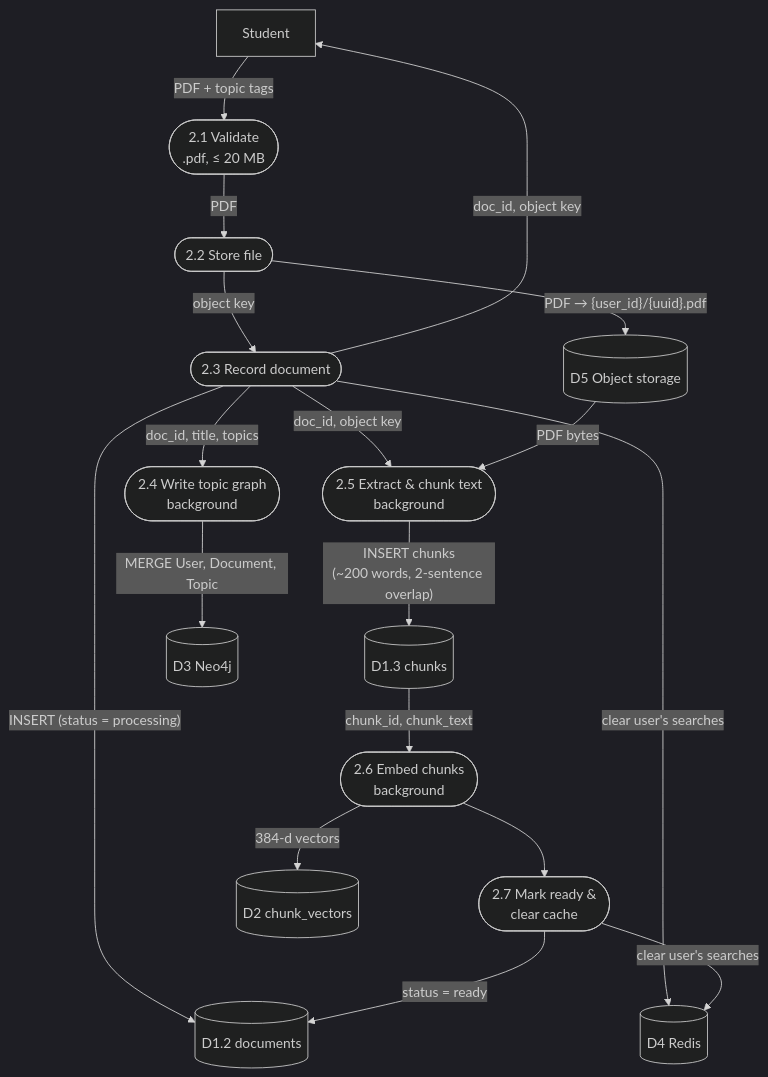
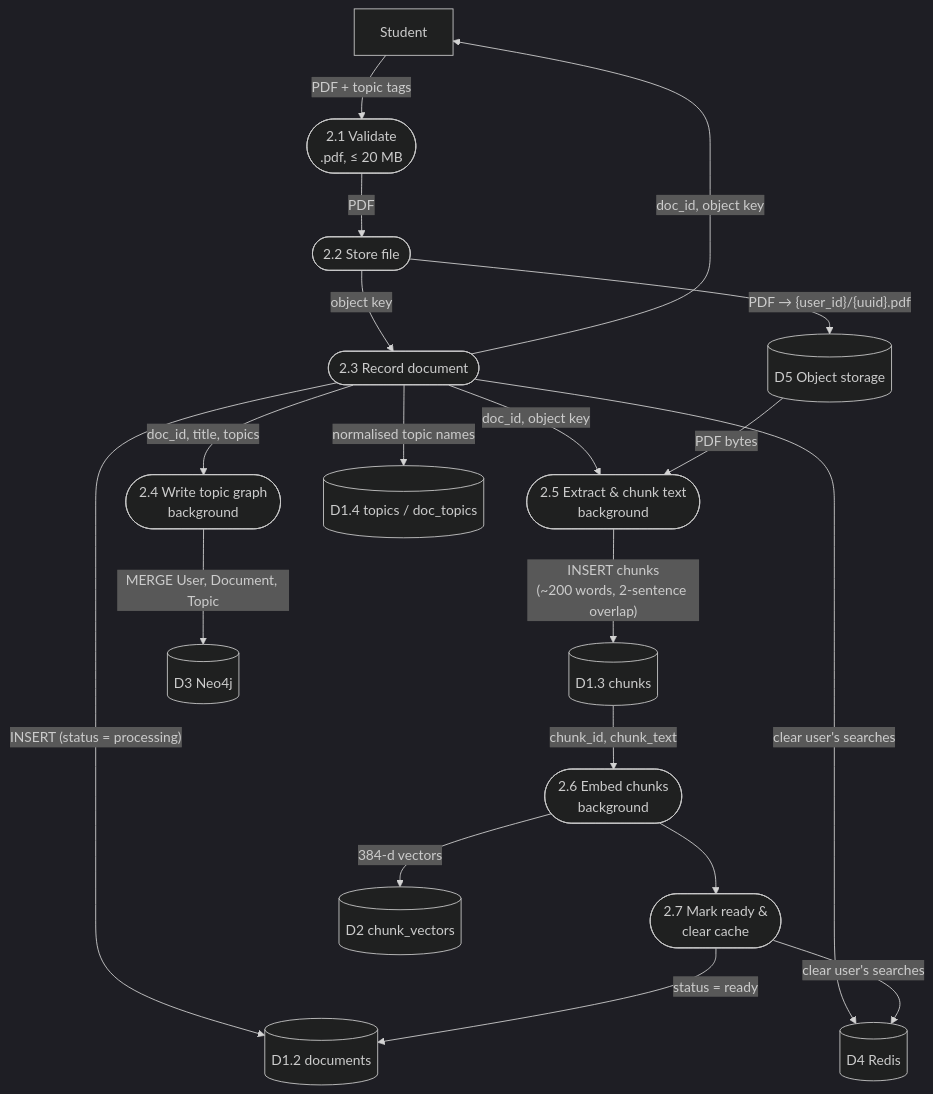
One commit to TahirSiddique092/prism changed the third of 8 diagrams in docs/data/nosql-schema.md. Above: the diagram before and after it, drawn with Mermaid (dark theme). The commit also changed other lines of this file and 12 other files, not shown here.

````diff
--- a/docs/data/nosql-schema.md
+++ b/docs/data/nosql-schema.md
@@ -199,36 +208,38 @@
 ```mermaid
 flowchart TB
     S[Student]
     P21([2.1 Validate<br/>.pdf, ≤ 20 MB])
     P22([2.2 Store file])
     P23([2.3 Record document])
     P24([2.4 Write topic graph<br/>background])
     P25([2.5 Extract & chunk text<br/>background])
     P26([2.6 Embed chunks<br/>background])
     P27([2.7 Mark ready &<br/>clear cache])
 
     D5[(D5 Object storage)]
     D1a[(D1.2 documents)]
     D1b[(D1.3 chunks)]
+    D1t[(D1.4 topics / doc_topics)]
     D2[(D2 chunk_vectors)]
     D3[(D3 Neo4j)]
     D4[(D4 Redis)]
 
     S -->|PDF + topic tags| P21
     P21 -->|PDF| P22
     P22 -->|"PDF → {user_id}/{uuid}.pdf"| D5
     P22 -->|object key| P23
     P23 -->|"INSERT (status = processing)"| D1a
+    P23 -->|normalised topic names| D1t
     P23 -->|"doc_id, object key"| S
     P23 -->|clear user's searches| D4
     P23 -->|doc_id, title, topics| P24
     P24 -->|MERGE User, Document, Topic| D3
     P23 -->|doc_id, object key| P25
     D5 -->|PDF bytes| P25
     P25 -->|"INSERT chunks<br/>(~200 words, 2-sentence overlap)"| D1b
     D1b -->|chunk_id, chunk_text| P26
     P26 -->|384-d vectors| D2
     P26 --> P27
     P27 -->|"status = ready"| D1a
     P27 -->|clear user's searches| D4
 ```
````
